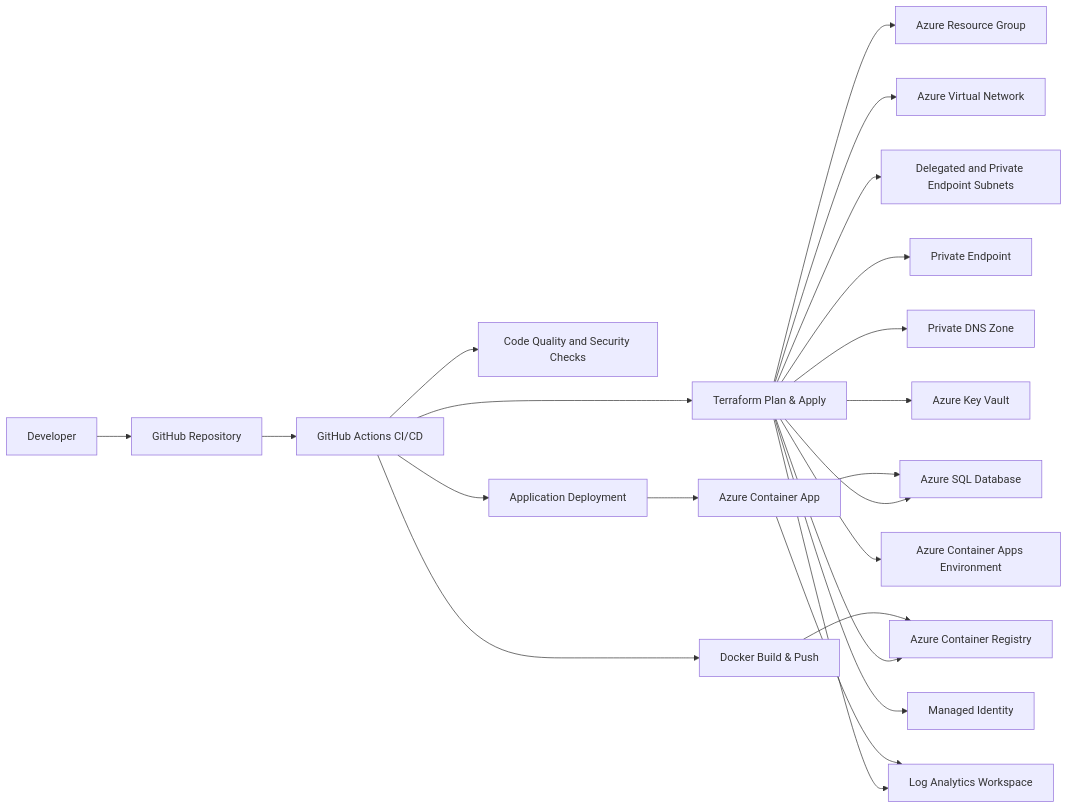
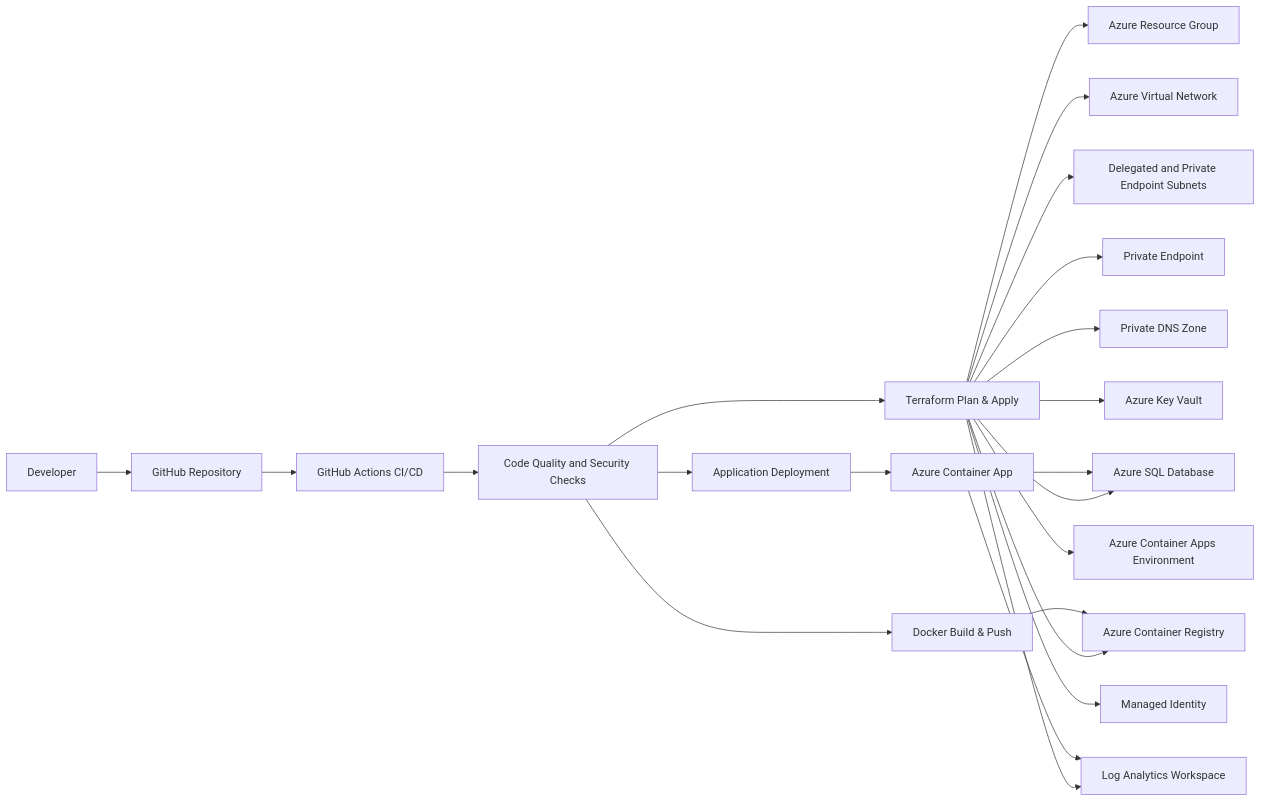
Before and after one commit to patrykj369/azure-terraform-docker-guestbook: the diagram in README.md, drawn with Mermaid.

Commit message:
proj:  fix HLA diagram

````diff
--- a/README.md
+++ b/README.md
@@ -91,28 +91,28 @@
 ```mermaid
 flowchart LR
     Developer[Developer] --> GitHub[GitHub Repository]
 
     GitHub --> Actions[GitHub Actions CI/CD]
 
     Actions --> Tests[Code Quality and Security Checks]
-    Actions --> Terraform[Terraform Plan & Apply]
-    Actions --> DockerBuild[Docker Build & Push]
-    Actions --> Deploy[Application Deployment]
+    Tests --> Terraform[Terraform Plan & Apply]
+    Tests --> DockerBuild[Docker Build & Push]
+    Tests --> Deploy[Application Deployment]
 
     Terraform --> RG[Azure Resource Group]
     Terraform --> VNet[Azure Virtual Network]
     Terraform --> Subnets[Delegated and Private Endpoint Subnets]
     Terraform --> SQL[Azure SQL Database]
     Terraform --> PE[Private Endpoint]
     Terraform --> DNS[Private DNS Zone]
     Terraform --> ACR[Azure Container Registry]
     Terraform --> KV[Azure Key Vault]
     Terraform --> ACAEnv[Azure Container Apps Environment]
     Terraform --> LAW[Log Analytics Workspace]
     Terraform --> MI[Managed Identity]
 
     DockerBuild --> ACR
     Deploy --> ACA[Azure Container App]
     ACA --> SQL
     ACA --> LAW
 ```
````
